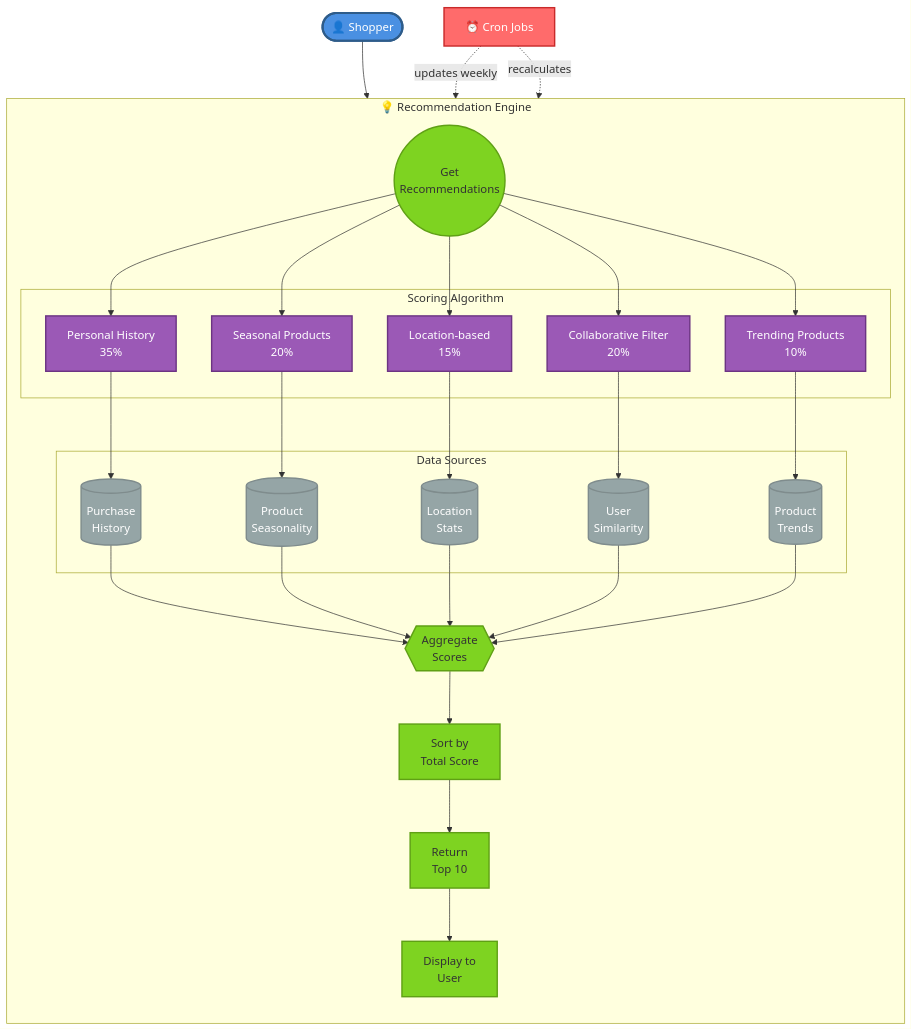
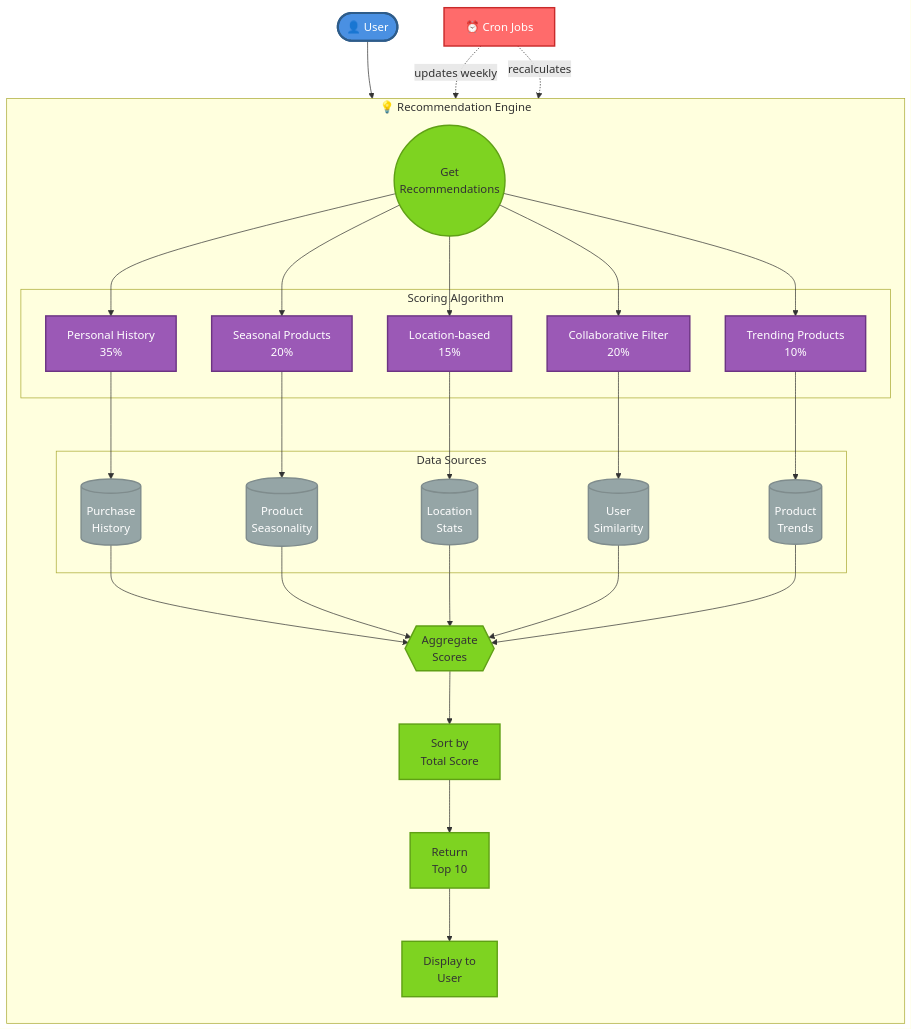
Before and after one commit to MessiahRailey-29/CapstoneProject: the sixth of 6 diagrams in docs/USE_CASE_DIAGRAM.md, drawn with Mermaid. The commit also changed other lines of this file, not shown here.

First line of the commit message:
Simplify use case diagrams to use single User actor

````diff
--- a/docs/USE_CASE_DIAGRAM.md
+++ b/docs/USE_CASE_DIAGRAM.md
@@ -375,63 +357,63 @@
 ```mermaid
 flowchart TB
     %% Actor
-    Shopper([👤 Shopper])
+    User([👤 User])
     CronJobs[⏰ Cron Jobs]
 
     subgraph RECOMMEND["💡 Recommendation Engine"]
         direction TB
 
         UC70((Get<br/>Recommendations))
 
         subgraph SCORING["Scoring Algorithm"]
             S1[Personal History<br/>35%]
             S2[Seasonal Products<br/>20%]
             S3[Location-based<br/>15%]
             S4[Collaborative Filter<br/>20%]
             S5[Trending Products<br/>10%]
         end
 
         subgraph DATA["Data Sources"]
             D1[(Purchase<br/>History)]
             D2[(Product<br/>Seasonality)]
             D3[(Location<br/>Stats)]
             D4[(User<br/>Similarity)]
             D5[(Product<br/>Trends)]
         end
 
         Aggregate{{Aggregate<br/>Scores}}
         Sort[Sort by<br/>Total Score]
         Top10[Return<br/>Top 10]
 
         UC70 --> S1 & S2 & S3 & S4 & S5
 
         S1 --> D1
         S2 --> D2
         S3 --> D3
         S4 --> D4
         S5 --> D5
 
         D1 & D2 & D3 & D4 & D5 --> Aggregate
         Aggregate --> Sort
         Sort --> Top10
         Top10 --> Display[Display to<br/>User]
     end
 
     %% Connections
-    Shopper --> UC70
+    User --> UC70
     CronJobs -.->|updates weekly| D5
     CronJobs -.->|recalculates| D4
 
     %% Styling
     classDef actorStyle fill:#4A90E2,stroke:#2E5C8A,stroke-width:3px,color:#fff
     classDef systemStyle fill:#FF6B6B,stroke:#C92A2A,stroke-width:2px,color:#fff
     classDef scoreStyle fill:#9B59B6,stroke:#6C3483,stroke-width:2px,color:#fff
     classDef dataStyle fill:#95A5A6,stroke:#7F8C8D,stroke-width:2px,color:#fff
     classDef processStyle fill:#7ED321,stroke:#5FA015,stroke-width:2px
 
-    class Shopper actorStyle
+    class User actorStyle
     class CronJobs systemStyle
     class S1,S2,S3,S4,S5 scoreStyle
     class D1,D2,D3,D4,D5 dataStyle
     class UC70,Aggregate,Sort,Top10,Display processStyle
 ```
````
